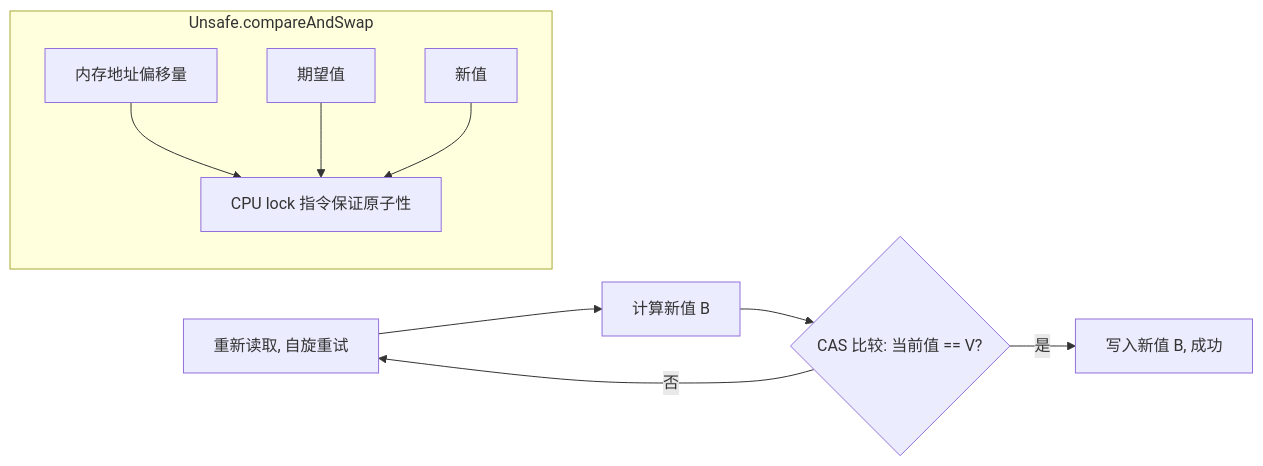
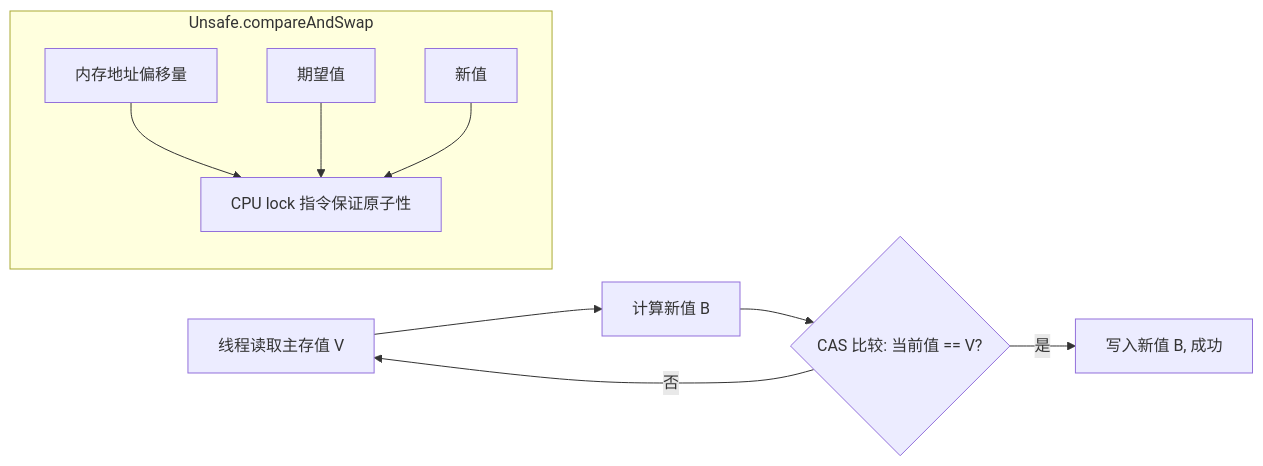
The eighth of 11 diagrams in 03-concurrency/README.md (kane201x/javadoc), drawn with Mermaid before and after one commit. The commit also changed other lines of this file and 12 other files, not shown here.

First line of the commit message:
fix: correct mermaid diagram syntax across all modules

````diff
--- a/03-concurrency/README.md
+++ b/03-concurrency/README.md
@@ -1065,16 +1065,16 @@
 ```mermaid
 flowchart LR
     A[线程读取主存值 V] --> B[计算新值 B]
     B --> C{CAS 比较: 当前值 == V?}
     C -->|是| D[写入新值 B, 成功]
-    C -->|否| A[重新读取, 自旋重试]
+    C -->|否| A
 
     subgraph "Unsafe.compareAndSwap"
         E[内存地址偏移量]
         F[期望值]
         G[新值]
         E --> H[CPU lock 指令保证原子性]
         F --> H
         G --> H
     end
 ```
````
